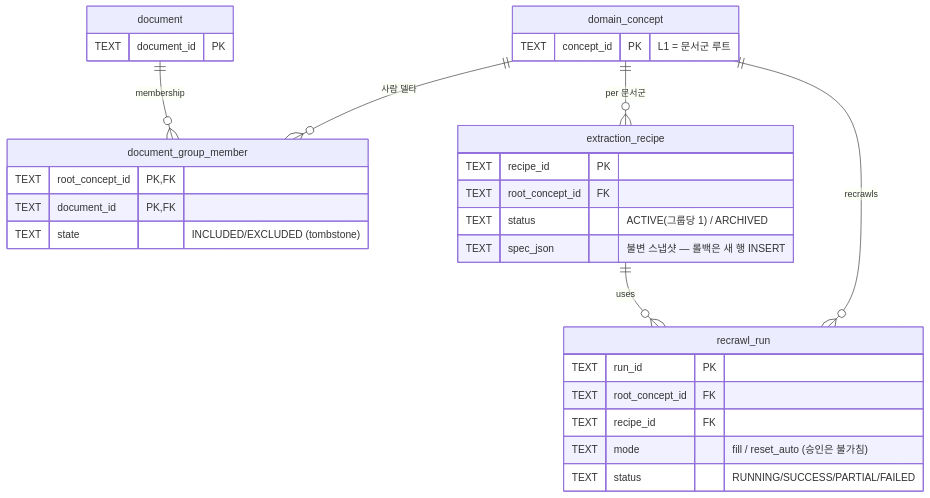
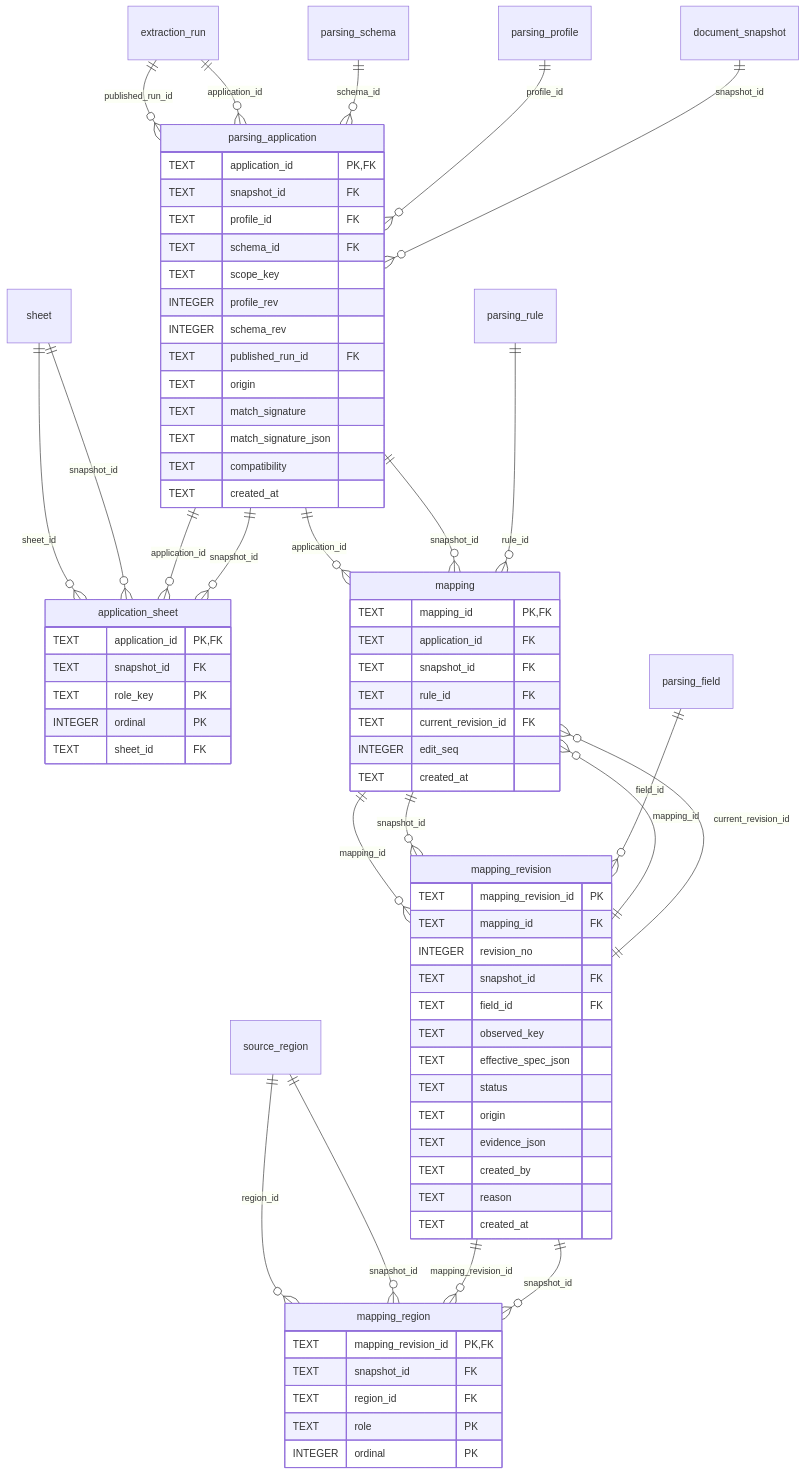
Before and after one commit to ujajuck/data_gathering: the fourth of 11 diagrams in docs/ARCHITECTURE.md, drawn with Mermaid. The commit also changed other lines of this file and 305 other files, not shown here.

First line of the commit message:
레거시 제거와 개명 — v1·v2 런타임과 이관 도구 삭제, kg에서 schema로, 작업 공간 경로 정리

````diff
--- a/docs/ARCHITECTURE.md
+++ b/docs/ARCHITECTURE.md
@@ -253,29 +206,77 @@
 ```mermaid
 erDiagram
-    domain_concept { TEXT concept_id PK "L1 = 문서군 루트" }
-    document { TEXT document_id PK }
-    document_group_member {
-        TEXT root_concept_id PK,FK
-        TEXT document_id PK,FK
-        TEXT state "INCLUDED/EXCLUDED (tombstone)"
+    parsing_application {
+        TEXT application_id PK,FK
+        TEXT snapshot_id FK
+        TEXT profile_id FK
+        TEXT schema_id FK
+        TEXT scope_key
+        INTEGER profile_rev
+        INTEGER schema_rev
+        TEXT published_run_id FK
+        TEXT origin
+        TEXT match_signature
+        TEXT match_signature_json
+        TEXT compatibility
+        TEXT created_at
     }
-    extraction_recipe {
-        TEXT recipe_id PK
-        TEXT root_concept_id FK
-        TEXT status "ACTIVE(그룹당 1) / ARCHIVED"
-        TEXT spec_json "불변 스냅샷 — 롤백은 새 행 INSERT"
+    application_sheet {
+        TEXT application_id PK,FK
+        TEXT snapshot_id FK
+        TEXT role_key PK
+        INTEGER ordinal PK
+        TEXT sheet_id FK
     }
-    recrawl_run {
-        TEXT run_id PK
-        TEXT root_concept_id FK
-        TEXT recipe_id FK
-        TEXT mode "fill / reset_auto (승인은 불가침)"
-        TEXT status "RUNNING/SUCCESS/PARTIAL/FAILED"
+    mapping {
+        TEXT mapping_id PK,FK
+        TEXT application_id FK
+        TEXT snapshot_id FK
+        TEXT rule_id FK
+        TEXT current_revision_id FK
+        INTEGER edit_seq
+        TEXT created_at
     }
-
-    domain_concept ||--o{ document_group_member : "사람 델타"
-    document ||--o{ document_group_member : membership
-    domain_concept ||--o{ extraction_recipe : "per 문서군"
-    domain_concept ||--o{ recrawl_run : recrawls
-    extraction_recipe ||--o{ recrawl_run : "uses"
+    mapping_revision {
+        TEXT mapping_revision_id PK
+        TEXT mapping_id FK
+        INTEGER revision_no
+        TEXT snapshot_id FK
+        TEXT field_id FK
+        TEXT observed_key
+        TEXT effective_spec_json
+        TEXT status
+        TEXT origin
+        TEXT evidence_json
+        TEXT created_by
+        TEXT reason
+        TEXT created_at
+    }
+    mapping_region {
+        TEXT mapping_revision_id PK,FK
+        TEXT snapshot_id FK
+        TEXT region_id FK
+        TEXT role PK
+        INTEGER ordinal PK
+    }
+    extraction_run ||--o{ parsing_application : "published_run_id"
+    extraction_run ||--o{ parsing_application : "application_id"
+    parsing_schema ||--o{ parsing_application : "schema_id"
+    parsing_profile ||--o{ parsing_application : "profile_id"
+    document_snapshot ||--o{ parsing_application : "snapshot_id"
+    sheet ||--o{ application_sheet : "sheet_id"
+    sheet ||--o{ application_sheet : "snapshot_id"
+    parsing_application ||--o{ application_sheet : "application_id"
+    parsing_application ||--o{ application_sheet : "snapshot_id"
+    mapping_revision ||--o{ mapping : "mapping_id"
+    mapping_revision ||--o{ mapping : "current_revision_id"
+    parsing_application ||--o{ mapping : "application_id"
+    parsing_application ||--o{ mapping : "snapshot_id"
+    parsing_rule ||--o{ mapping : "rule_id"
+    mapping ||--o{ mapping_revision : "mapping_id"
+    mapping ||--o{ mapping_revision : "snapshot_id"
+    parsing_field ||--o{ mapping_revision : "field_id"
+    source_region ||--o{ mapping_region : "region_id"
+    source_region ||--o{ mapping_region : "snapshot_id"
+    mapping_revision ||--o{ mapping_region : "mapping_revision_id"
+    mapping_revision ||--o{ mapping_region : "snapshot_id"
 ```
````
